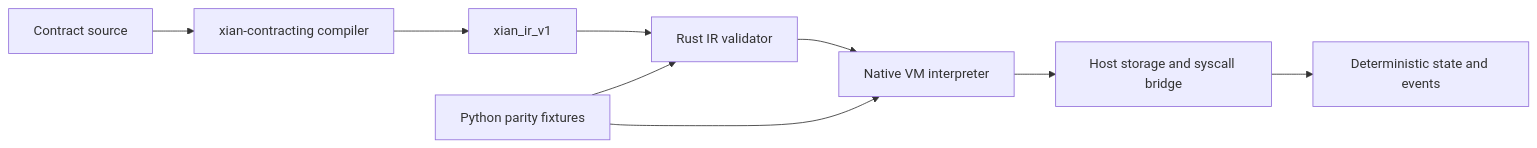
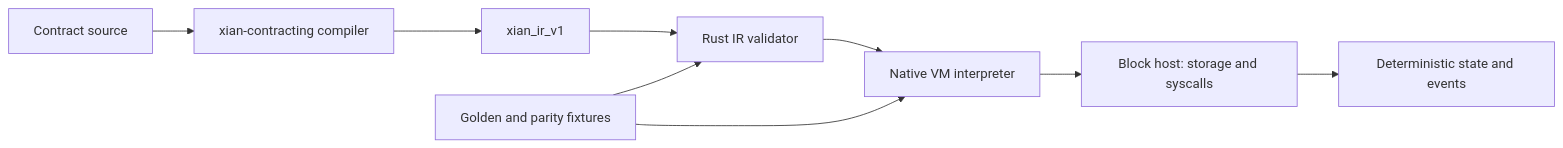
The diagram in packages/xian-vm-core/README.md (xian-technology/xian-contracting), drawn with Mermaid before and after one commit. The commit also changed other lines of this file and 12 other files, not shown here.

````diff
--- a/packages/xian-vm-core/README.md
+++ b/packages/xian-vm-core/README.md
@@ -5,11 +5,11 @@
 ```mermaid
 flowchart LR
   Source["Contract source"] --> Compiler["xian-contracting compiler"]
   Compiler --> IR["xian_ir_v1"]
   IR --> Validator["Rust IR validator"]
   Validator --> VM["Native VM interpreter"]
-  VM --> Host["Host storage and syscall bridge"]
+  VM --> Host["Block host: storage and syscalls"]
   Host --> State["Deterministic state and events"]
-  Fixtures["Python parity fixtures"] --> Validator
+  Fixtures["Golden and parity fixtures"] --> Validator
   Fixtures --> VM
 ```
````
